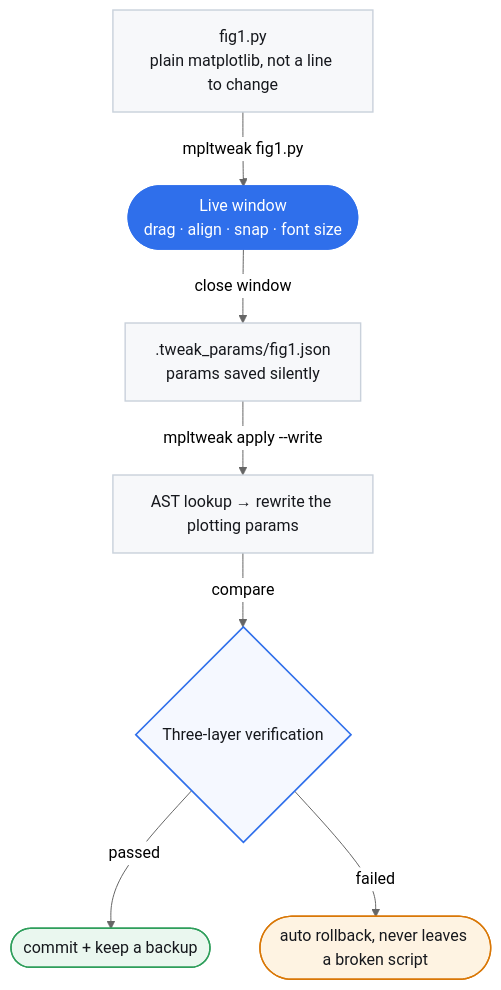
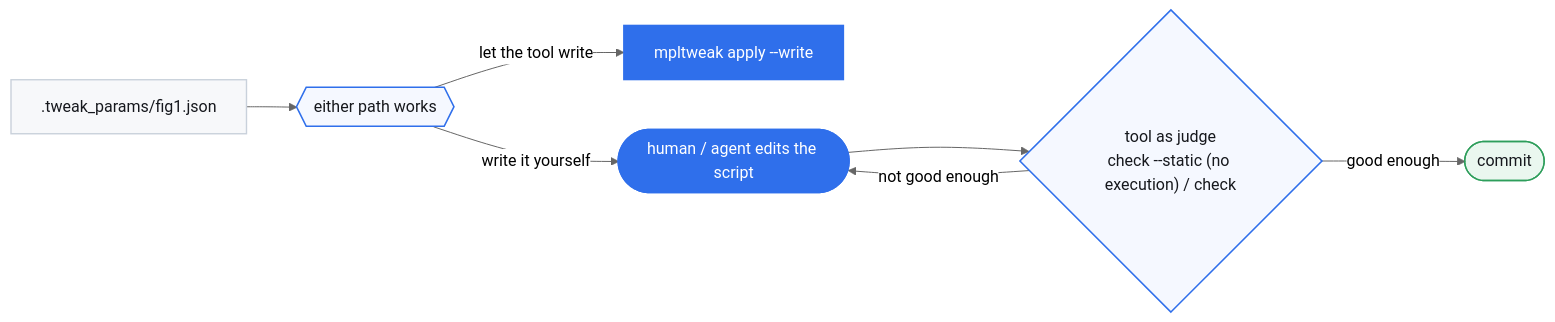
One commit to shdbl/mpltweak changed the first of 2 diagrams in README.en.md. Above: the diagram before and after it, drawn with Mermaid (neutral theme). The commit also changed other lines of this file and 35 other files, not shown here.

Commit message:
release: 0.1.9 —— 写回可靠性批次（T84 修同图重名轴改错对象、T78 tick 轴过滤、坏参数 fail-closed 等）+ 中英文文档定稿

````diff
--- a/README.en.md
+++ b/README.en.md
@@ -268,23 +217,14 @@
 ```mermaid
-flowchart TD
-    A["fig1.py<br/>plain matplotlib, not a line to change"]:::script
-    B(["Live window<br/>drag · align · snap · font size"]):::win
-    C[".tweak_params/fig1.json<br/>params saved silently"]:::script
-    D["AST lookup → rewrite the plotting params"]:::script
-    E{"Three-layer verification"}:::check
-    F(["commit + keep a backup"]):::ok
-    G(["auto rollback, never leaves a broken script"]):::bad
-
-    A -->|mpltweak fig1.py| B
-    B -->|close window| C
-    C -->|mpltweak apply --write| D
-    D -->|compare| E
-    E -->|passed| F
-    E -->|failed| G
+flowchart LR
+    C[".tweak_params/fig1.json"]:::script --> T{{"either path works"}}:::check
+    T -->|let the tool write| W["mpltweak apply --write"]:::win
+    T -->|write it yourself| H(["human / agent edits the script"]):::win
+    H --> V{"tool as judge<br/>check --static (no execution) / check"}:::check
+    V -->|not good enough| H
+    V -->|good enough| Z(["commit"]):::ok
 
     classDef script fill:#F7F8FA,stroke:#C9D1DB,stroke-width:1.4px,color:#16181D
     classDef win fill:#2F6FEB,stroke:#2F6FEB,stroke-width:1.6px,color:#FFFFFF
     classDef check fill:#F5F8FF,stroke:#2F6FEB,stroke-width:1.6px,color:#16181D
     classDef ok fill:#EAF7EF,stroke:#2E9E5B,stroke-width:1.4px,color:#16181D
-    classDef bad fill:#FEF3E2,stroke:#D97706,stroke-width:1.4px,color:#16181D
 ```
````
